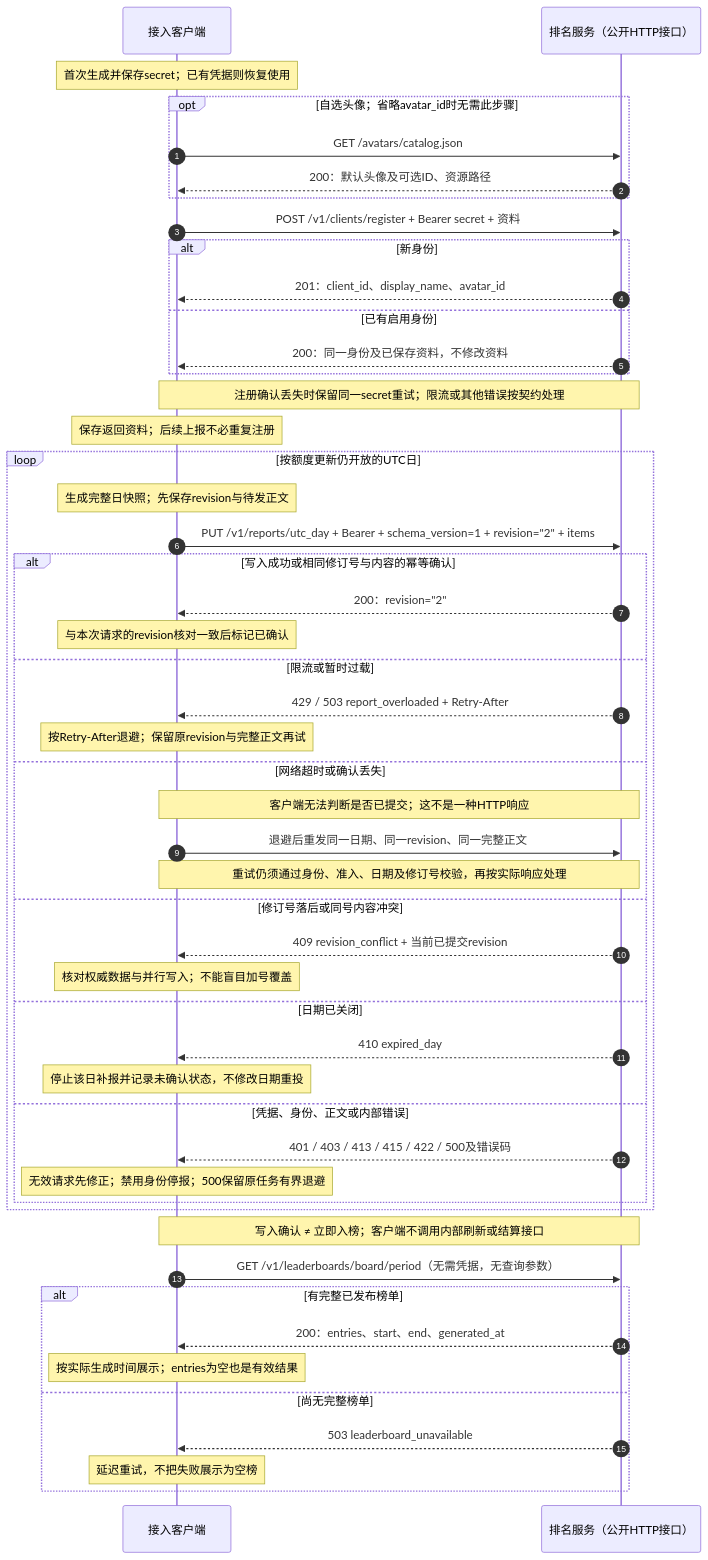
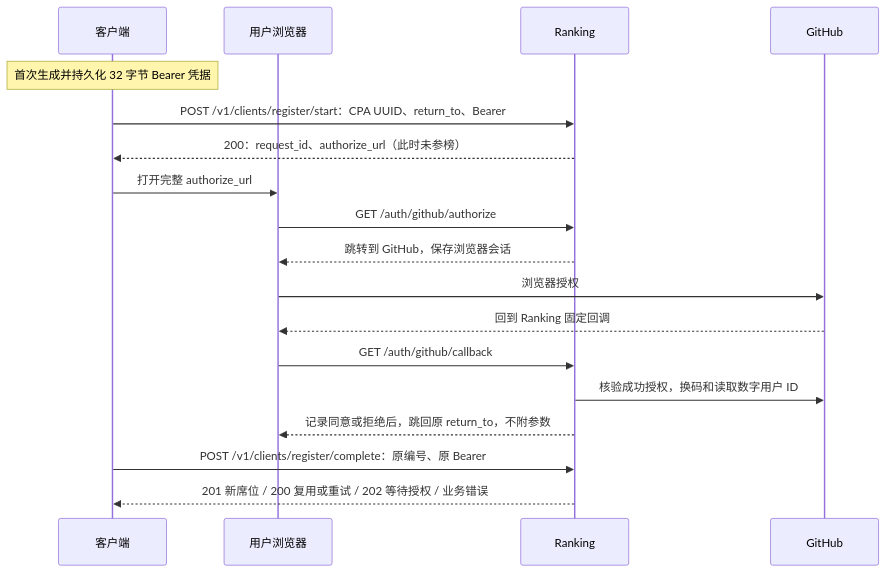
One commit to Willxup/cpa-usage-ranking changed the first of 2 diagrams in docs/integration-flow.md. Above: the diagram before and after it, drawn with Mermaid. The commit also changed other lines of this file and 19 other files, not shown here.

Commit message:
docs: document GitHub OAuth registration, reporting, and withdrawal

````diff
--- a/docs/integration-flow.md
+++ b/docs/integration-flow.md
@@ -53,55 +7,20 @@
 ```mermaid
 sequenceDiagram
-    autonumber
-    participant C as 接入客户端
-    participant S as 排名服务（公开HTTP接口）
-
-    Note over C: 首次生成并保存secret；已有凭据则恢复使用
-    opt 自选头像；省略avatar_id时无需此步骤
-        C->>S: GET /avatars/catalog.json
-        S-->>C: 200：默认头像及可选ID、资源路径
-    end
-    C->>S: POST /v1/clients/register + Bearer secret + 资料
-    alt 新身份
-        S-->>C: 201：client_id、display_name、avatar_id
-    else 已有启用身份
-        S-->>C: 200：同一身份及已保存资料，不修改资料
-    end
-    Note over C,S: 注册确认丢失时保留同一secret重试；限流或其他错误按契约处理
-    Note over C: 保存返回资料；后续上报不必重复注册
-
-    loop 按额度更新仍开放的UTC日
-        Note over C: 生成完整日快照；先保存revision与待发正文
-        C->>S: PUT /v1/reports/utc_day + Bearer + schema_version=1 + revision="2" + items
-        alt 写入成功或相同修订号与内容的幂等确认
-            S-->>C: 200：revision="2"
-            Note over C: 与本次请求的revision核对一致后标记已确认
-        else 限流或暂时过载
-            S-->>C: 429 / 503 report_overloaded + Retry-After
-            Note over C: 按Retry-After退避；保留原revision与完整正文再试
-        else 网络超时或确认丢失
-            Note over C,S: 客户端无法判断是否已提交；这不是一种HTTP响应
-            C->>S: 退避后重发同一日期、同一revision、同一完整正文
-            Note over C,S: 重试仍须通过身份、准入、日期及修订号校验，再按实际响应处理
-        else 修订号落后或同号内容冲突
-            S-->>C: 409 revision_conflict + 当前已提交revision
-            Note over C: 核对权威数据与并行写入；不能盲目加号覆盖
-        else 日期已关闭
-            S-->>C: 410 expired_day
-            Note over C: 停止该日补报并记录未确认状态，不修改日期重投
-        else 凭据、身份、正文或内部错误
-            S-->>C: 401 / 403 / 413 / 415 / 422 / 500及错误码
-            Note over C: 无效请求先修正；禁用身份停报；500保留原任务有界退避
-        end
-    end
-
-    Note over C,S: 写入确认 ≠ 立即入榜；客户端不调用内部刷新或结算接口
-    C->>S: GET /v1/leaderboards/board/period（无需凭据，无查询参数）
-    alt 有完整已发布榜单
-        S-->>C: 200：entries、start、end、generated_at
-        Note over C: 按实际生成时间展示；entries为空也是有效结果
-    else 尚无完整榜单
-        S-->>C: 503 leaderboard_unavailable
-        Note over C: 延迟重试，不把失败展示为空榜
-    end
+    participant C as 客户端
+    participant B as 用户浏览器
+    participant R as Ranking
+    participant G as GitHub
+    Note over C: 首次生成并持久化 32 字节 Bearer 凭据
+    C->>R: POST /v1/clients/register/start：CPA UUID、return_to、Bearer
+    R-->>C: 200：request_id、authorize_url（此时未参榜）
+    C->>B: 打开完整 authorize_url
+    B->>R: GET /auth/github/authorize
+    R-->>B: 跳转到 GitHub，保存浏览器会话
+    B->>G: 浏览器授权
+    G-->>B: 回到 Ranking 固定回调
+    B->>R: GET /auth/github/callback
+    R->>G: 核验成功授权，换码和读取数字用户 ID
+    R-->>B: 记录同意或拒绝后，跳回原 return_to，不附参数
+    C->>R: POST /v1/clients/register/complete：原编号、原 Bearer
+    R-->>C: 201 新席位 / 200 复用或重试 / 202 等待授权 / 业务错误
 ```
````
